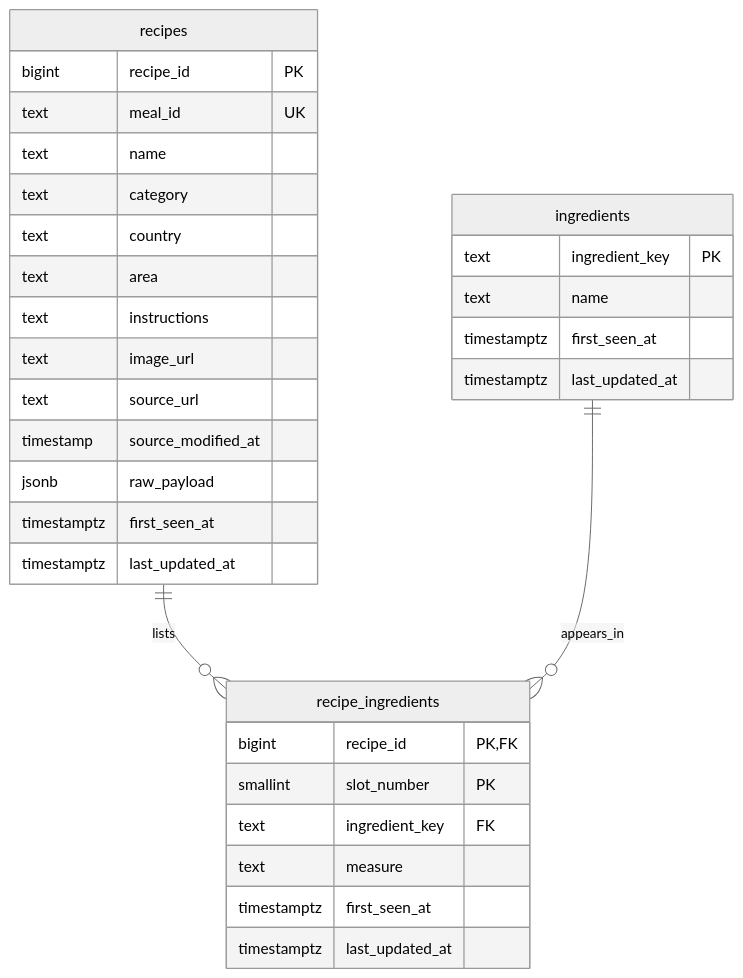
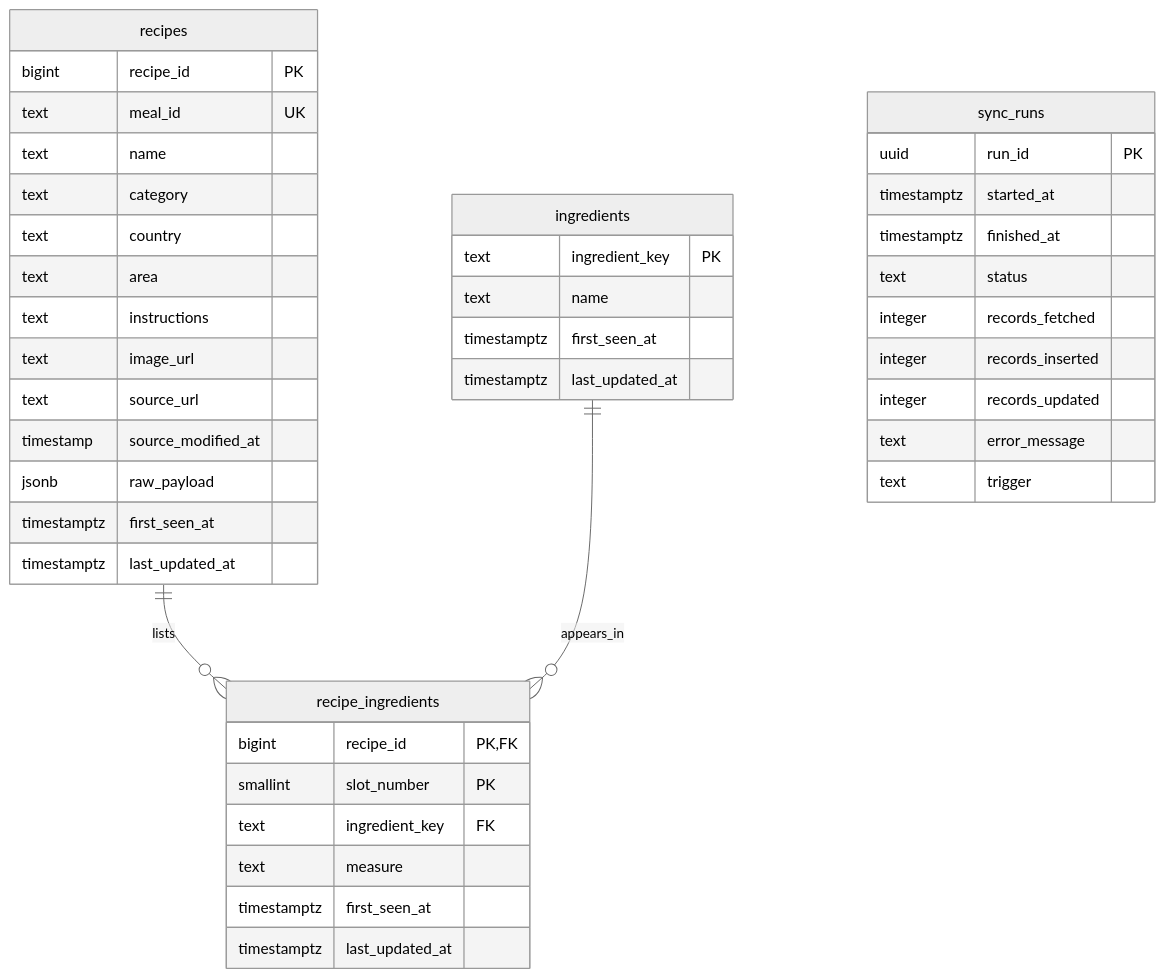
One commit to JustinStudentAcct/bsad6153-haug changed the diagram in docs/schema.md. Above: the diagram before and after it, drawn with Mermaid (neutral theme). The commit also changed other lines of this file and 8 other files, not shown here.

````diff
--- a/docs/schema.md
+++ b/docs/schema.md
@@ -6,35 +6,46 @@
 ```mermaid
 erDiagram
     recipes ||--o{ recipe_ingredients : lists
     ingredients ||--o{ recipe_ingredients : appears_in
 
     recipes {
         bigint recipe_id PK
         text meal_id UK
         text name
         text category
         text country
         text area
         text instructions
         text image_url
         text source_url
         timestamp source_modified_at
         jsonb raw_payload
         timestamptz first_seen_at
         timestamptz last_updated_at
     }
     ingredients {
         text ingredient_key PK
         text name
         timestamptz first_seen_at
         timestamptz last_updated_at
     }
     recipe_ingredients {
         bigint recipe_id PK, FK
         smallint slot_number PK
         text ingredient_key FK
         text measure
         timestamptz first_seen_at
         timestamptz last_updated_at
     }
+    sync_runs {
+        uuid run_id PK
+        timestamptz started_at
+        timestamptz finished_at
+        text status
+        integer records_fetched
+        integer records_inserted
+        integer records_updated
+        text error_message
+        text trigger
+    }
 ```
````
